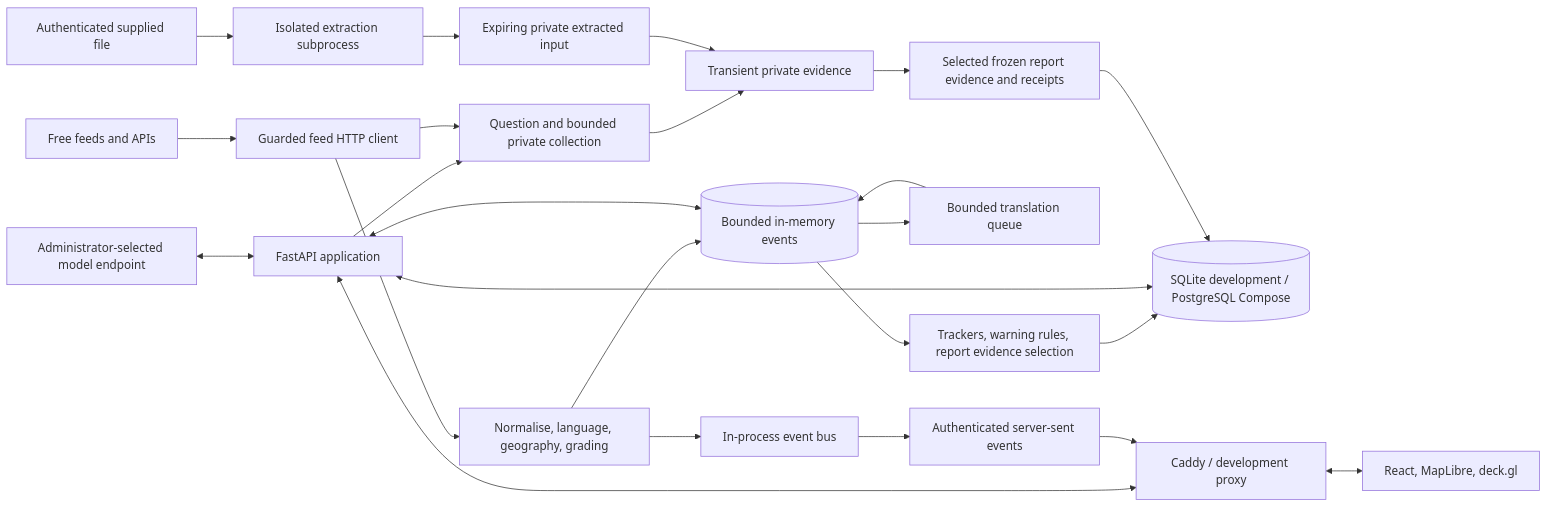
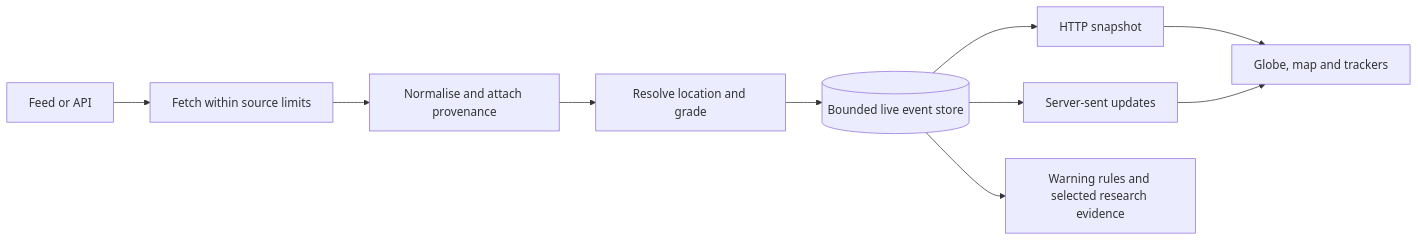
Before and after one commit to ShabalalaWATP/AllSeeingEye: the first of 2 diagrams in docs/01_ARCHITECTURE.md, drawn with Mermaid. The commit also changed other lines of this file and 25 other files, not shown here.

Commit message:
docs: explain current app workflows architecture and setup (#37)

````diff
--- a/docs/01_ARCHITECTURE.md
+++ b/docs/01_ARCHITECTURE.md
@@ -33,26 +56,12 @@
 ```mermaid
 flowchart LR
-  FEEDS[Free feeds and APIs] --> HTTP[Guarded feed HTTP client]
-  HTTP --> PIPE[Normalise, language, geography, grading]
-  PIPE --> LIVE[(Bounded in-memory events)]
-  PIPE --> BUS[In-process event bus]
-  LIVE --> TRACKERS[Trackers, warning rules, report evidence selection]
-  TRACKERS --> DB[(SQLite development / PostgreSQL Compose)]
-  LIVE --> TRANSLATE[Bounded translation queue]
-  TRANSLATE --> LIVE
-  MODEL[Administrator-selected model endpoint] <--> API[FastAPI application]
-  API <--> DB
-  API <--> LIVE
-  API --> RESEARCH[Question and bounded private collection]
-  HTTP --> RESEARCH
-  RESEARCH --> PRIVATE[Transient private evidence]
-  UPLOAD[Authenticated supplied file] --> WORKER[Isolated extraction subprocess]
-  WORKER --> INPUT[Expiring private extracted input]
-  INPUT --> PRIVATE
-  PRIVATE --> SAVED[Selected frozen report evidence and receipts]
-  SAVED --> DB
-  BUS --> SSE[Authenticated server-sent events]
-  API <--> CADDY[Caddy / development proxy]
-  SSE --> CADDY
-  CADDY <--> WEB[React, MapLibre, deck.gl]
+    A[Feed or API] --> B[Fetch within source limits]
+    B --> C[Normalise and attach provenance]
+    C --> D[Resolve location and grade]
+    D --> E[(Bounded live event store)]
+    E --> F[HTTP snapshot]
+    E --> G[Server-sent updates]
+    F --> H[Globe, map and trackers]
+    G --> H
+    E --> I[Warning rules and selected research evidence]
 ```
````
